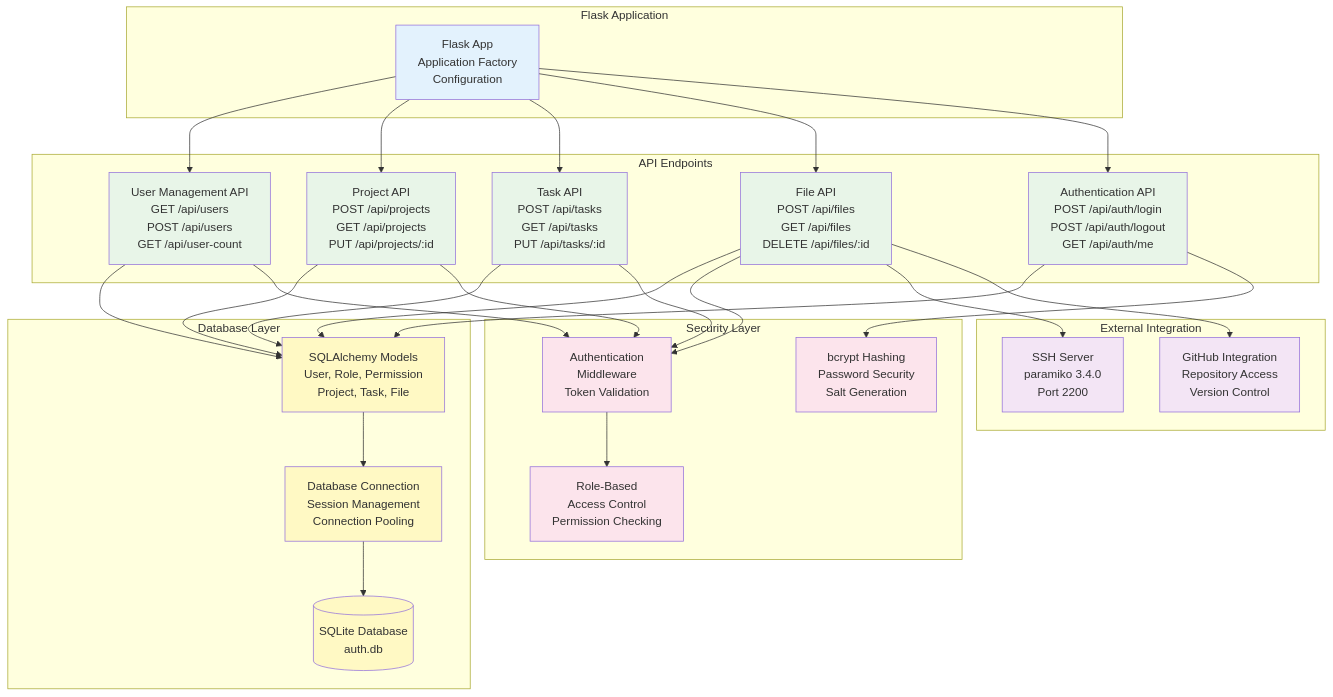
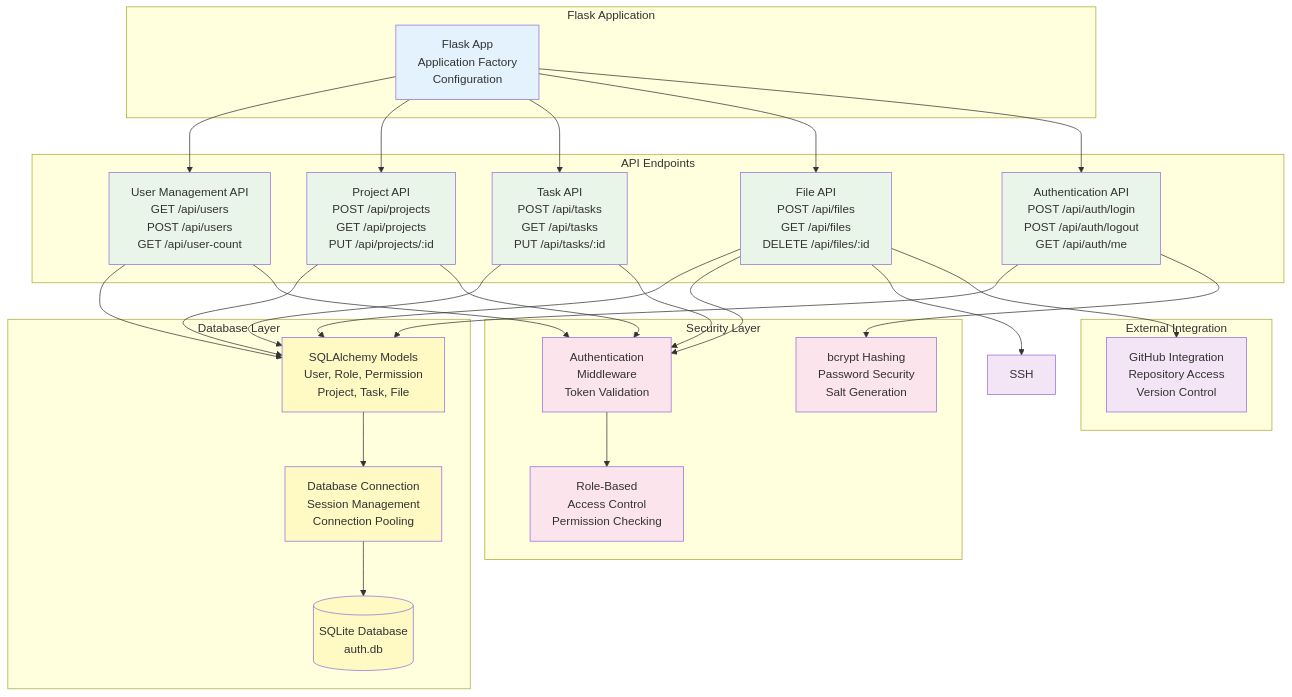
One commit to KnightNight101/UoR_APP changed the fifth of 10 diagrams in Draft_2/ARCHITECTURE.md. Above: the diagram before and after it, drawn with Mermaid. The commit also changed other lines of this file and 8 other files, not shown here.

````diff
--- a/Draft_2/ARCHITECTURE.md
+++ b/Draft_2/ARCHITECTURE.md
@@ -377,69 +377,68 @@
 ```mermaid
 graph TB
     subgraph "Flask Application"
         App[Flask App<br/>Application Factory<br/>Configuration]
     end
     
     subgraph "API Endpoints"
         UserAPI[User Management API<br/>GET /api/users<br/>POST /api/users<br/>GET /api/user-count]
         ProjectAPI[Project API<br/>POST /api/projects<br/>GET /api/projects<br/>PUT /api/projects/:id]
         TaskAPI[Task API<br/>POST /api/tasks<br/>GET /api/tasks<br/>PUT /api/tasks/:id]
         FileAPI[File API<br/>POST /api/files<br/>GET /api/files<br/>DELETE /api/files/:id]
         AuthAPI[Authentication API<br/>POST /api/auth/login<br/>POST /api/auth/logout<br/>GET /api/auth/me]
     end
     
     subgraph "Database Layer"
         Models[SQLAlchemy Models<br/>User, Role, Permission<br/>Project, Task, File]
         Connection[Database Connection<br/>Session Management<br/>Connection Pooling]
         SQLite[(SQLite Database<br/>auth.db)]
     end
     
     subgraph "Security Layer"
         AuthMiddleware[Authentication<br/>Middleware<br/>Token Validation]
         PasswordHash[bcrypt Hashing<br/>Password Security<br/>Salt Generation]
         RBAC[Role-Based<br/>Access Control<br/>Permission Checking]
     end
     
     subgraph "External Integration"
-        SSH[SSH Server<br/>paramiko 3.4.0<br/>Port 2200]
         GitHub[GitHub Integration<br/>Repository Access<br/>Version Control]
     end
     
     App --> UserAPI
     App --> ProjectAPI
     App --> TaskAPI
     App --> FileAPI
     App --> AuthAPI
     
     UserAPI --> Models
     ProjectAPI --> Models
     TaskAPI --> Models
     FileAPI --> Models
     AuthAPI --> Models
     
     Models --> Connection
     Connection --> SQLite
     
     UserAPI --> AuthMiddleware
     ProjectAPI --> AuthMiddleware
     TaskAPI --> AuthMiddleware
     FileAPI --> AuthMiddleware
     
     AuthAPI --> PasswordHash
     AuthMiddleware --> RBAC
     
     FileAPI --> SSH
     FileAPI --> GitHub
     
     classDef app fill:#e3f2fd
     classDef api fill:#e8f5e8
     classDef database fill:#fff9c4
     classDef security fill:#fce4ec
     classDef external fill:#f3e5f5
     
     class App app
     class UserAPI,ProjectAPI,TaskAPI,FileAPI,AuthAPI api
     class Models,Connection,SQLite database
     class AuthMiddleware,PasswordHash,RBAC security
     class SSH,GitHub external
 ```
````
